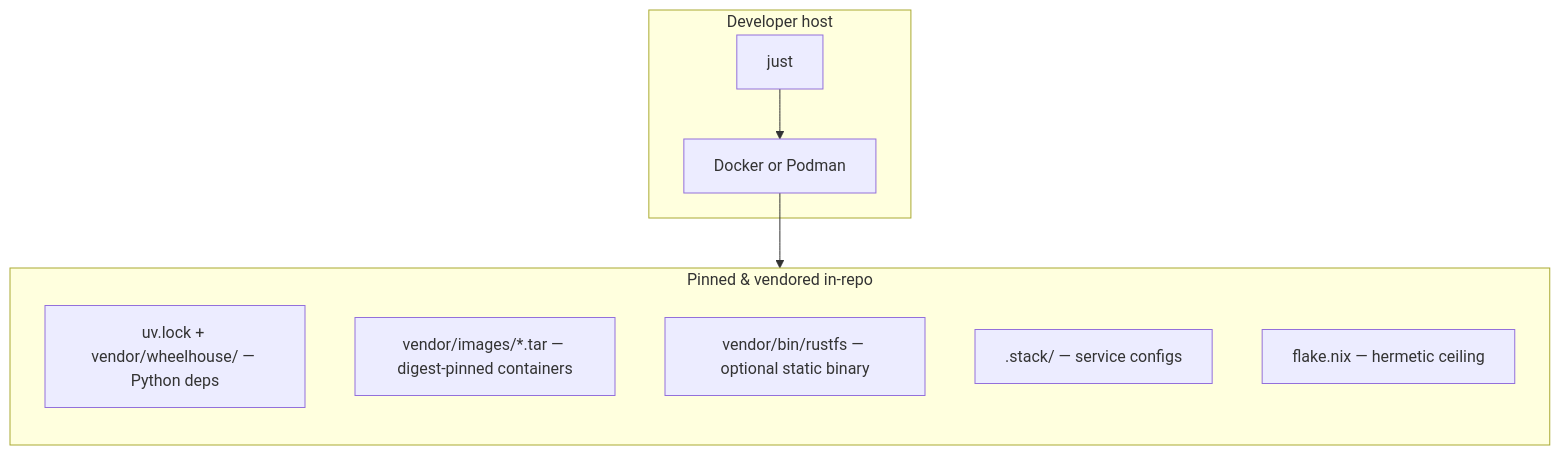
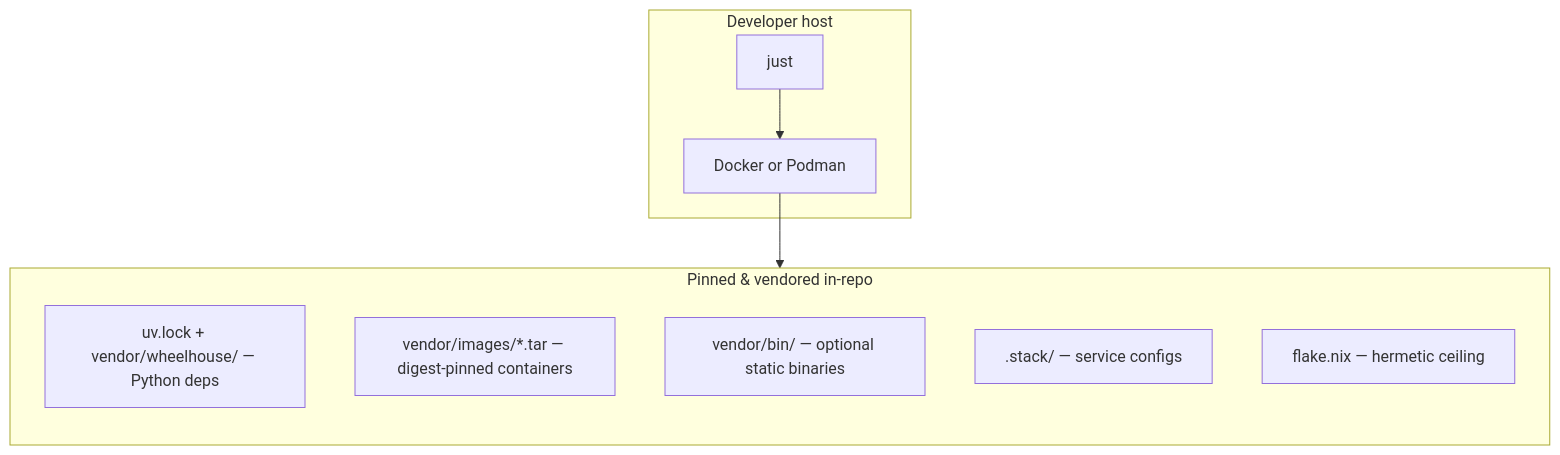
The fifth of 6 diagrams in docs/DESIGN.md (mblaauw/alpha-lake), drawn with Mermaid before and after one commit. The commit also changed other lines of this file and 12 other files, not shown here.

````diff
--- a/docs/DESIGN.md
+++ b/docs/DESIGN.md
@@ -803,17 +803,17 @@
 ```mermaid
 flowchart TB
   subgraph HOST[Developer host]
     J[just]
     CR[Docker or Podman]
   end
   subgraph PIN[Pinned & vendored in-repo]
     direction TB
     PY[uv.lock + vendor/wheelhouse/ — Python deps]
     IMG[vendor/images/*.tar — digest-pinned containers]
-    BIN[vendor/bin/rustfs — optional static binary]
+    BIN[vendor/bin/ — optional static binaries]
     CFG[.stack/ — service configs]
     NIX[flake.nix — hermetic ceiling]
   end
   J --> CR
   CR --> IMG
 ```
````
